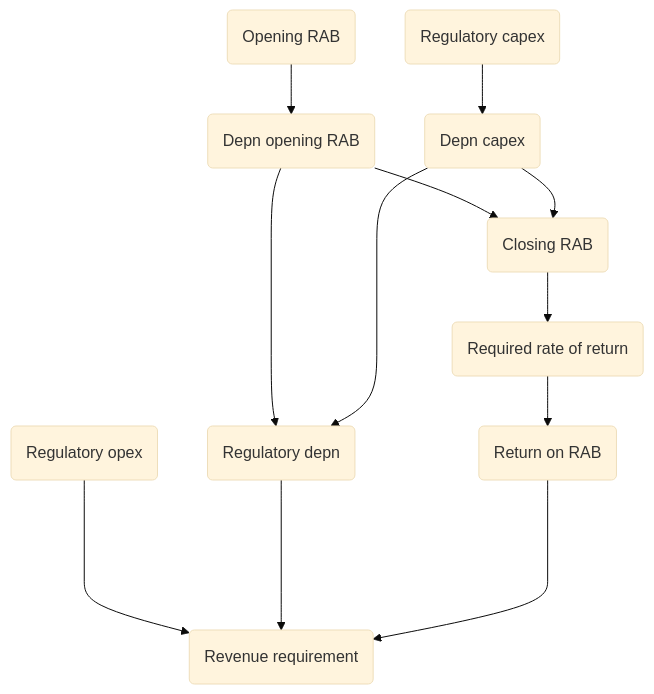
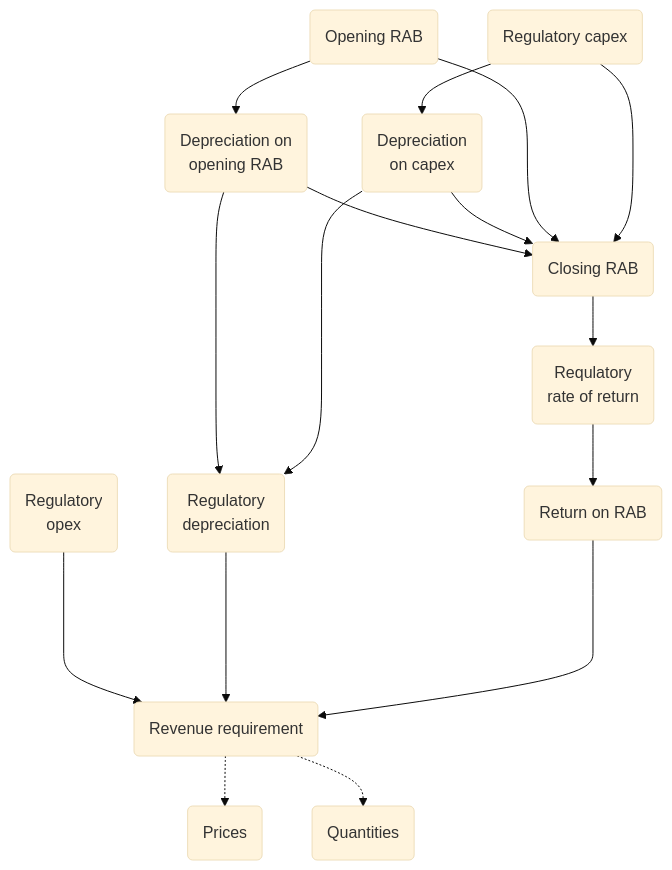
Before and after one commit to Brent-Morrison/Building-Block: the diagram in README.md, drawn with Mermaid (base theme). The commit also changed other lines of this file, not shown here.

````diff
--- a/README.md
+++ b/README.md
@@ -5,14 +5,18 @@
 ```mermaid
 flowchart TD
-    A(Opening RAB) -->B(Depn opening RAB)
-    C(Regulatory capex) -->D(Depn capex)
-    I(Regulatory opex) ----> J(Revenue requirement) 
+    A(Opening RAB) -->B(Depreciation on<br/>opening RAB)
+    C(Regulatory capex) -->D(Depreciation<br/>on capex)
+    I(Regulatory<br>opex) ----> J(Revenue requirement) 
     B --> E(Closing RAB)
-    D --> E(Closing RAB)
-    B ----> H(Regulatory depn)
-    D ----> H(Regulatory depn)
-    E --> F(Required rate of return)
+    D --> E
+    A --> E
+    C --> E
+    B ----> H(Regulatory<br>depreciation)
+    D ----> H
+    E --> F(Requlatory<br>rate of return)
     F --> G(Return on RAB)
     H ----> J(Revenue requirement) 
-    G ----> J(Revenue requirement) 
+    G ----> J
+    J -.-> K(Prices)
+    J -.-> L(Quantities)
 ```
````
